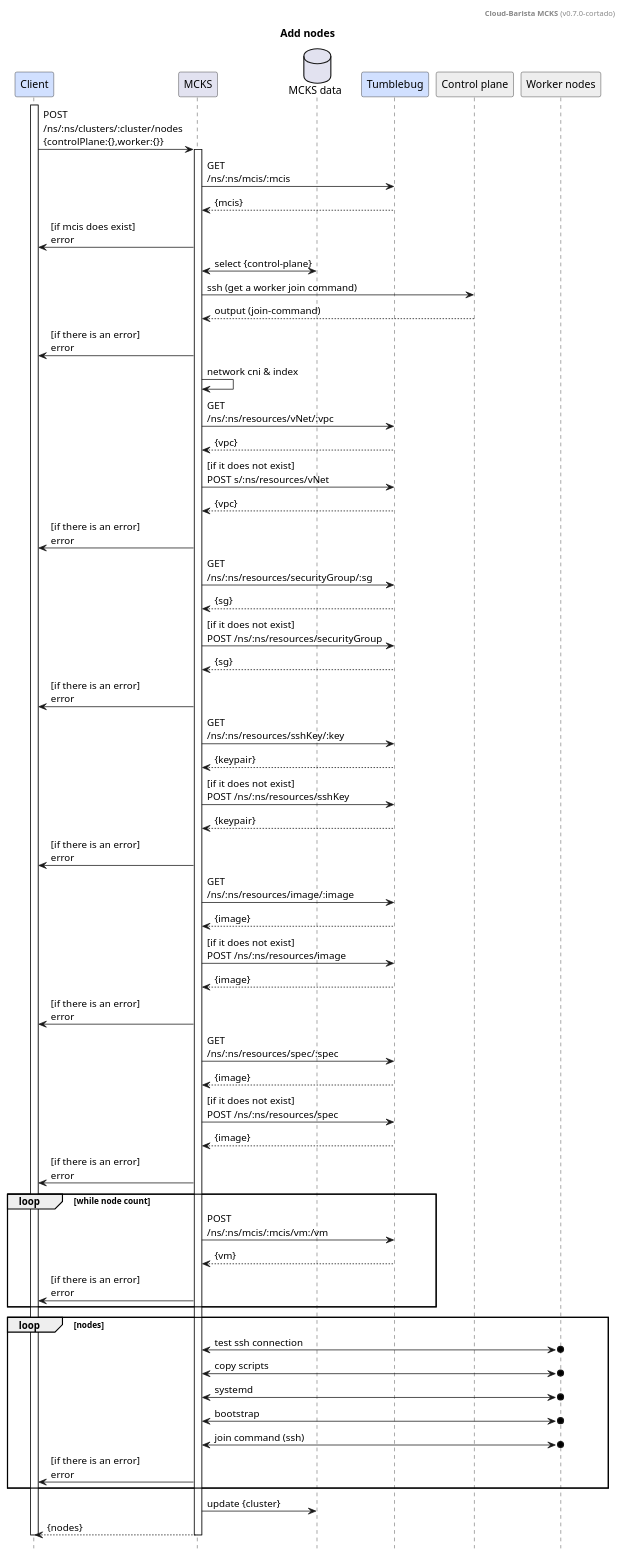
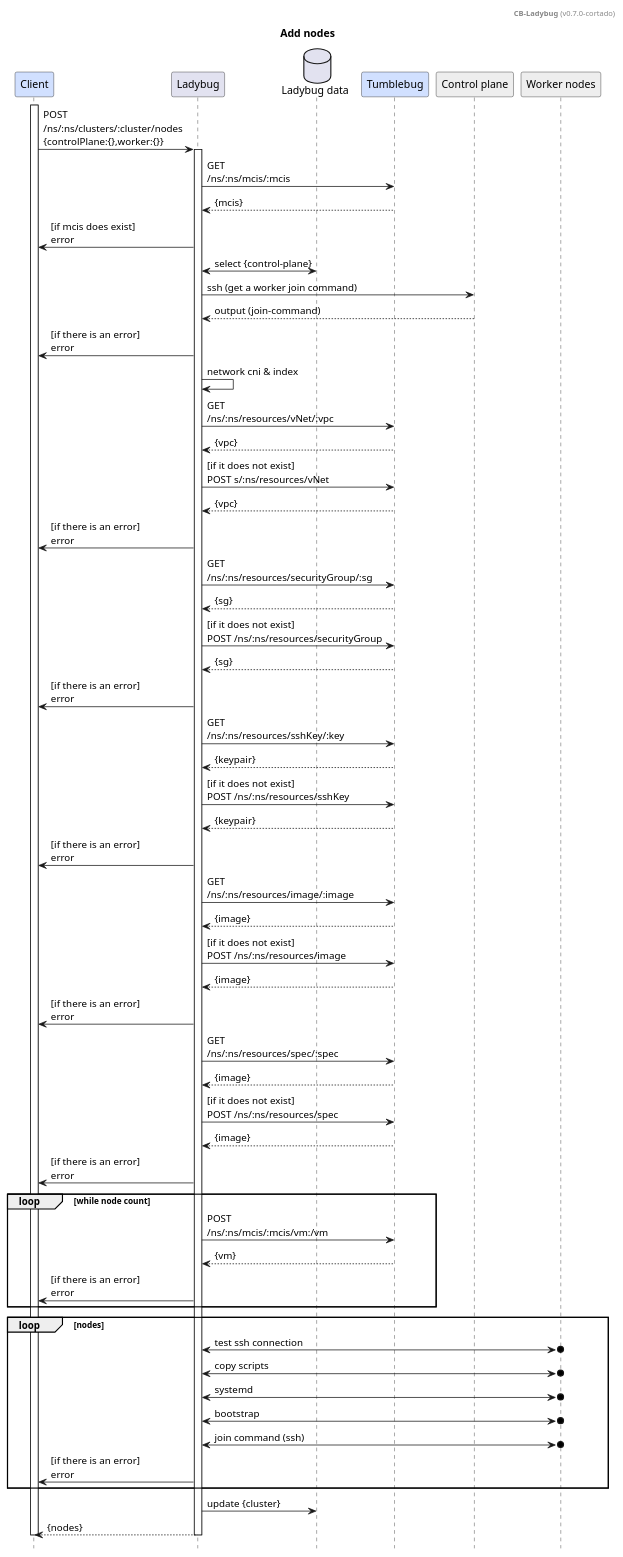
One commit to cloud-barista/cb-ladybug changed the diagram in docs/design/nodes-add.puml. Above: the diagram before and after it, drawn with PlantUML. The commit also changed 111 other files, not shown here.

```diff
--- a/docs/design/nodes-add.puml
+++ b/docs/design/nodes-add.puml
@@ -1,91 +1,91 @@
 @startuml
 
-header **Cloud-Barista MCKS** (v0.7.0-cortado)
+header **CB-Ladybug** (v0.7.0-cortado)
 title Add nodes
 hide footbox
 
 participant	"Client"		as webtool		#d1e0ff
-participant	"MCKS"			as provider
-database	"MCKS data"		as db
+participant	"Ladybug"		as provider
+database	"Ladybug data"		as db
 participant	"Tumblebug"		as tumblebug	#d1e0ff
 participant	"Control plane"	as mNodes		#eeeeee
 participant	"Worker nodes"	as wNodes		#eeeeee
 
 
 activate webtool
 	webtool		->	provider		: POST\n/ns/:ns/clusters/:cluster/nodes \n{controlPlane:{},worker:{}}
 
 	activate provider
 
 		provider	->	tumblebug	: GET\n/ns/:ns/mcis/:mcis
 		tumblebug	-->	provider	: {mcis}
 		provider	->	webtool		: [if mcis does exist]\nerror 
 
 		'-- 1. join command
 		provider	<->	db			: select {control-plane}
 		provider	->		mNodes		: ssh (get a worker join command)
 		provider	<--		mNodes		: output (join-command)
 		provider	->		webtool		: [if there is an error]\nerror
 		provider	->		provider	: network cni & index
 
 		'-- 2.1. vpc
 		provider	->	tumblebug	: GET\n/ns/:ns/resources/vNet/:vpc
 		tumblebug	-->	provider	: {vpc}
 		provider	->	tumblebug	: [if it does not exist]\nPOST s/:ns/resources/vNet
 		tumblebug	-->	provider	: {vpc}
 		provider	->	webtool		: [if there is an error]\nerror
 
 		'-- 2.2. sg(fw)
 		provider	->	tumblebug	: GET\n/ns/:ns/resources/securityGroup/:sg
 		tumblebug	-->	provider	: {sg}
 		provider	->	tumblebug	: [if it does not exist]\nPOST /ns/:ns/resources/securityGroup
 		tumblebug	-->	provider	: {sg}
 		provider	->	webtool		: [if there is an error]\nerror
 
 		'-- 2.3. ssh
 		provider	->	tumblebug	: GET\n/ns/:ns/resources/sshKey/:key
 		tumblebug	-->	provider	: {keypair}
 		provider	->	tumblebug	: [if it does not exist]\nPOST /ns/:ns/resources/sshKey
 		tumblebug	-->	provider	: {keypair}
 		provider	->	webtool		: [if there is an error]\nerror
 		
 		'-- 2.4. image
 		provider	->	tumblebug	: GET\n/ns/:ns/resources/image/:image
 		tumblebug	-->	provider	: {image}
 		provider	->	tumblebug 	: [if it does not exist]\nPOST /ns/:ns/resources/image
 		tumblebug	-->	provider	: {image}
 		provider	->	webtool		: [if there is an error]\nerror
 
 		'-- 2.5. spec
 		provider	->	tumblebug	: GET\n/ns/:ns/resources/spec/:spec
 		tumblebug	-->	provider	: {image}
 		provider	->	tumblebug 	: [if it does not exist]\nPOST /ns/:ns/resources/spec
 		tumblebug	-->	provider	: {image}
 		provider	->	webtool		: [if there is an error]\nerror
 
 		'-- 2.6. mcis
 		
 		loop while node count
 			provider	->	tumblebug	: POST\n/ns/:ns/mcis/:mcis/vm:/vm
 			tumblebug	-->	provider 	: {vm}
 			provider	->	webtool		: [if there is an error]\nerror
 		end
 	
 		'-- 3. boostrap & provisioning
 		loop nodes
 			provider	<->o	wNodes		: test ssh connection
 			provider	<->o	wNodes		: copy scripts
 			provider	<->o	wNodes		: systemd
 			provider	<->o	wNodes		: bootstrap
 			provider	<->o	wNodes		: join command (ssh)
 			provider	->		webtool		: [if there is an error]\nerror
 		end
 
 		provider	->	db					: update {cluster}
 		provider	-->	webtool				: {nodes}
 
 	deactivate provider
 
 deactivate webtool
 
 @enduml
```
